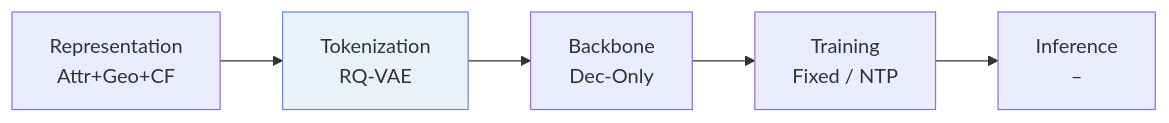
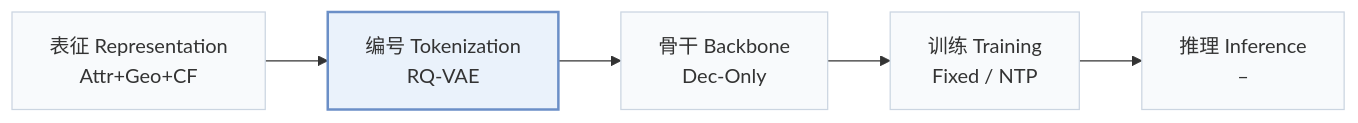
The first of 3 diagrams in pages/zh/papers/gnpr-sid.md (Galaxy-ghost/Awesome-SID-Generative-Rec), drawn with Mermaid before and after one commit. The commit also changed other lines of this file and 649 other files, not shown here.

Commit message:
writer-05: also tags and modality index (schema, check, build, visuals); summary field removed; calibration data for 12 papers

````diff
--- a/pages/zh/papers/gnpr-sid.md
+++ b/pages/zh/papers/gnpr-sid.md
@@ -13,6 +15,8 @@
 ```mermaid
 flowchart LR
-    R["Representation<br/>Attr+Geo+CF"] --> T["Tokenization<br/>RQ-VAE"] --> B["Backbone<br/>Dec-Only"] --> TR["Training<br/>Fixed / NTP"] --> I["Inference<br/>–"]
-    classDef main fill:#eaf2fb,stroke:#6b8fc7
+    R["表征 Representation<br/>Attr+Geo+CF"] --> T["编号 Tokenization<br/>RQ-VAE"] --> B["骨干 Backbone<br/>Dec-Only"] --> TR["训练 Training<br/>Fixed / NTP"] --> I["推理 Inference<br/>–"]
+    classDef base fill:#f8fafc,stroke:#cbd5e1
+    class R,T,B,TR,I base
+    classDef main fill:#eaf2fb,stroke:#6b8fc7,stroke-width:2px
     class T main
 ```
````
